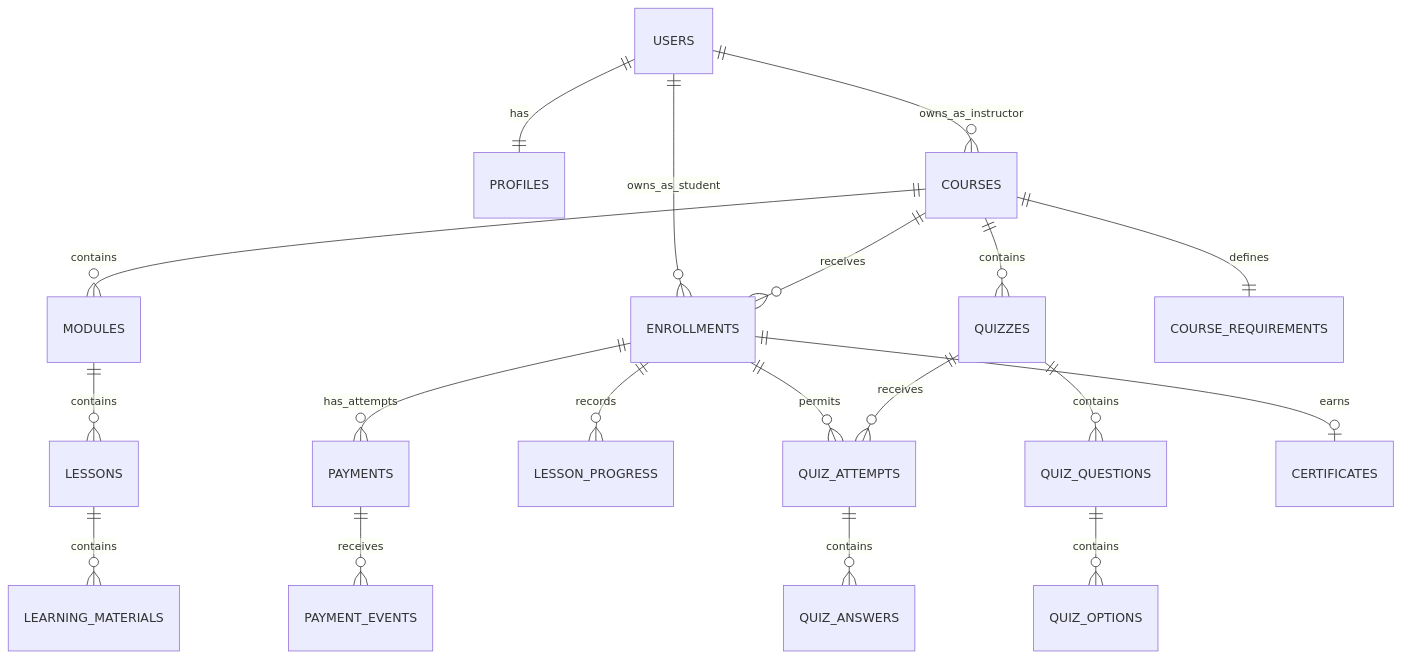
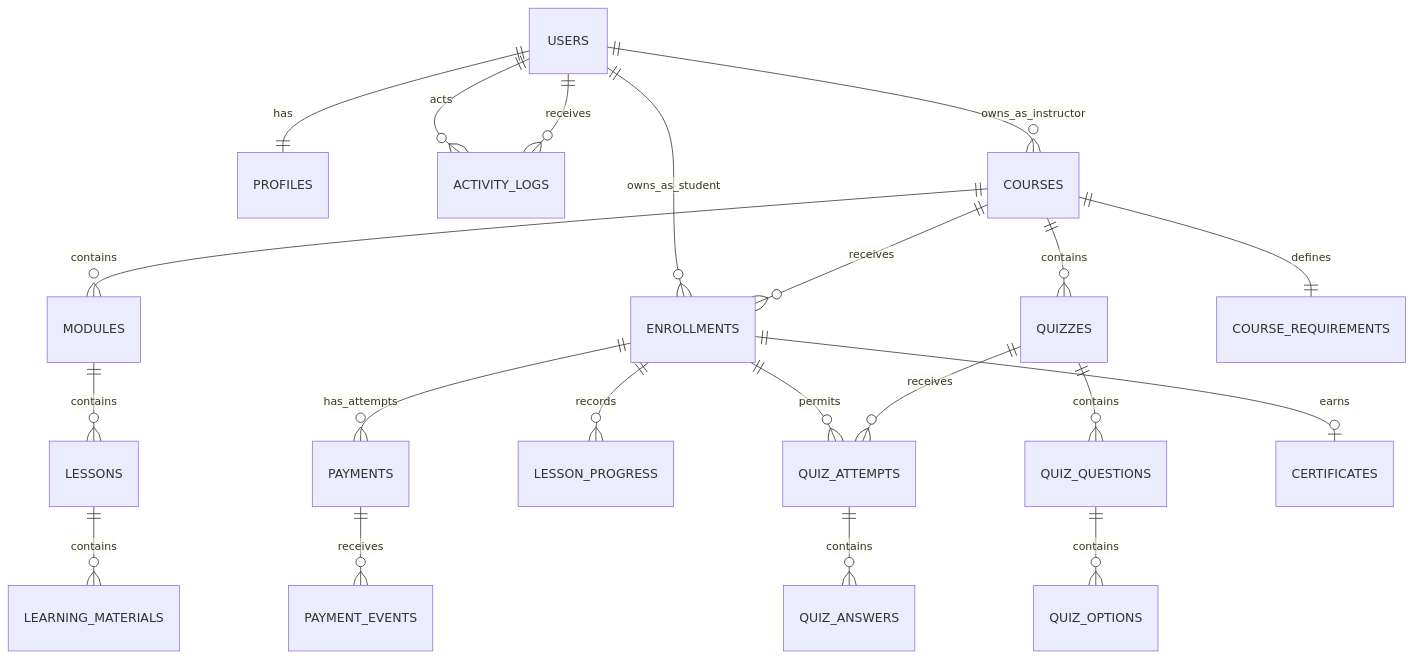
Before and after one commit to SNooZeJay/lms-project: the seventh of 10 diagrams in docs/architecture.md, drawn with Mermaid. The commit also changed other lines of this file and 47 other files, not shown here.

````diff
--- a/docs/architecture.md
+++ b/docs/architecture.md
@@ -541,21 +596,23 @@
 ```mermaid
 erDiagram
     USERS ||--|| PROFILES : has
+    USERS ||--o{ ACTIVITY_LOGS : acts
+    USERS ||--o{ ACTIVITY_LOGS : receives
     USERS ||--o{ COURSES : owns_as_instructor
     USERS ||--o{ ENROLLMENTS : owns_as_student
     COURSES ||--o{ MODULES : contains
     MODULES ||--o{ LESSONS : contains
     LESSONS ||--o{ LEARNING_MATERIALS : contains
     COURSES ||--o{ ENROLLMENTS : receives
     ENROLLMENTS ||--o{ PAYMENTS : has_attempts
     PAYMENTS ||--o{ PAYMENT_EVENTS : receives
     ENROLLMENTS ||--o{ LESSON_PROGRESS : records
     COURSES ||--o{ QUIZZES : contains
     QUIZZES ||--o{ QUIZ_QUESTIONS : contains
     QUIZ_QUESTIONS ||--o{ QUIZ_OPTIONS : contains
     ENROLLMENTS ||--o{ QUIZ_ATTEMPTS : permits
     QUIZZES ||--o{ QUIZ_ATTEMPTS : receives
     QUIZ_ATTEMPTS ||--o{ QUIZ_ANSWERS : contains
     ENROLLMENTS ||--o| CERTIFICATES : earns
     COURSES ||--|| COURSE_REQUIREMENTS : defines
 ```
````
